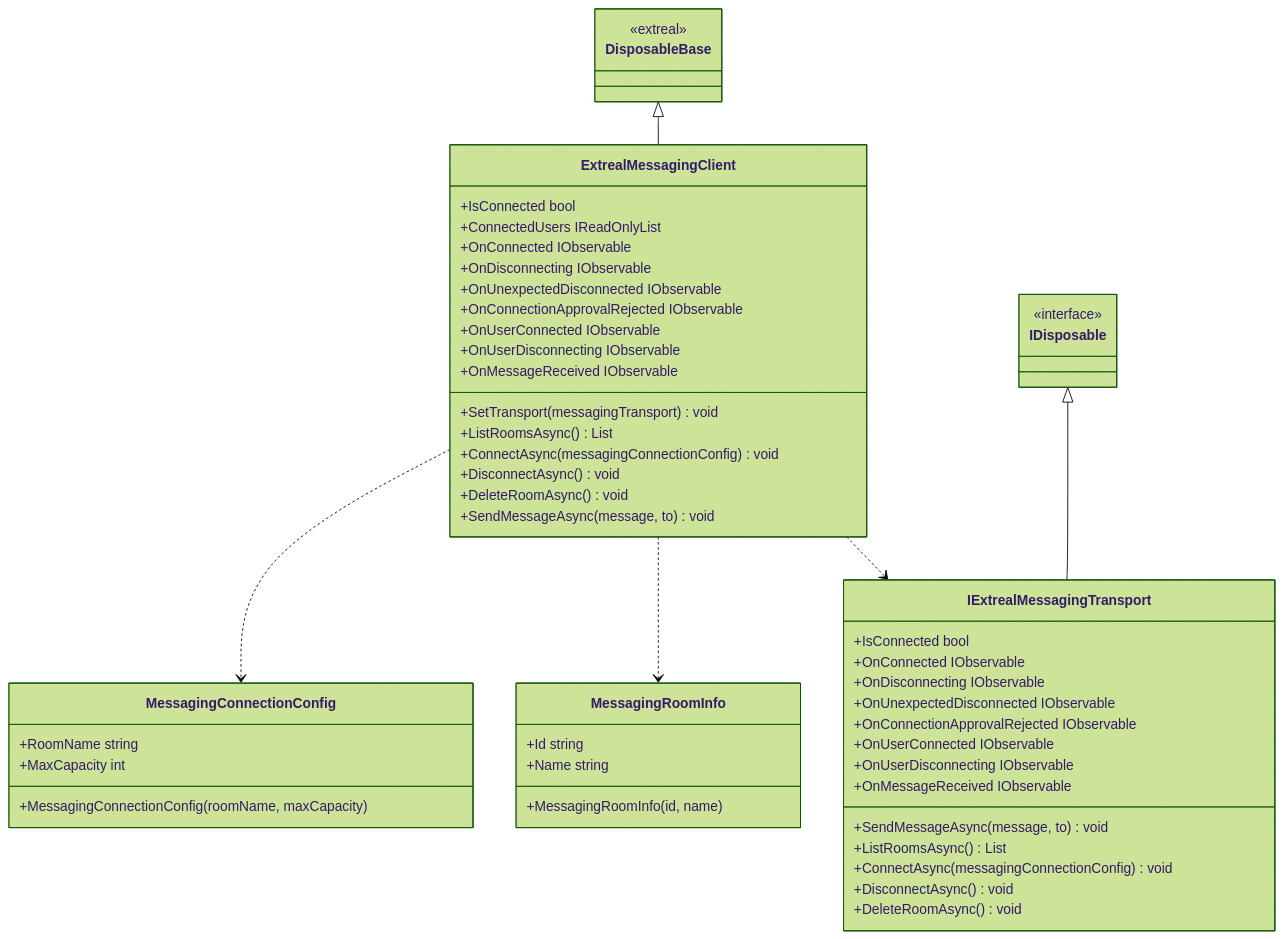
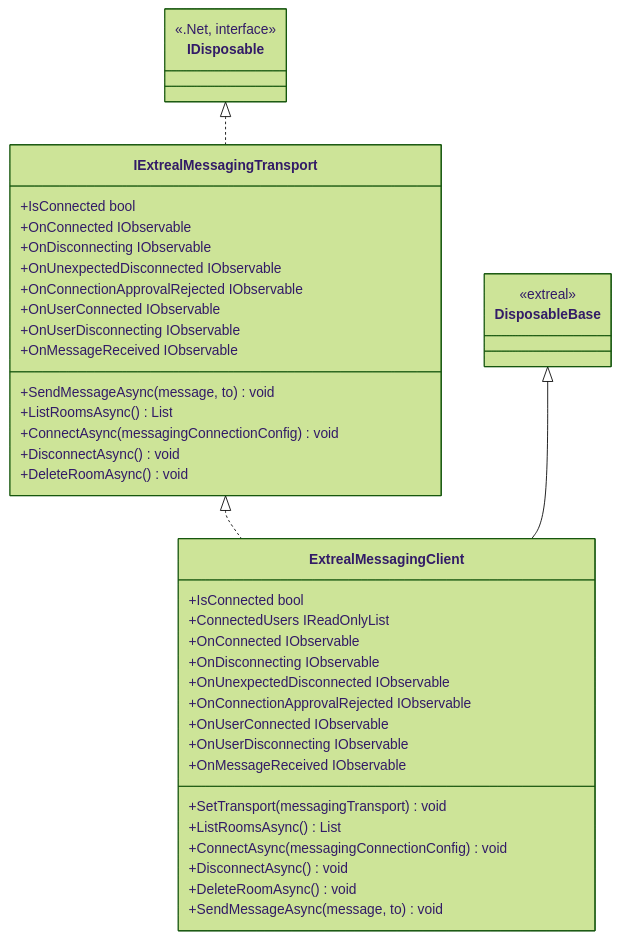
The diagram in docs/integration/messaging.common.md (extreal-dev/Extreal.Guide), drawn with Mermaid (forest theme) before and after one commit. The commit also changed other lines of this file and 8 other files, not shown here.

````diff
--- a/docs/integration/messaging.common.md
+++ b/docs/integration/messaging.common.md
@@ -25,63 +27,49 @@
 ```mermaid
 classDiagram
 
-    ExtrealMessagingClient ..> IExtrealMessagingTransport
-    ExtrealMessagingClient ..> MessagingRoomInfo
-    ExtrealMessagingClient ..> MessagingConnectionConfig
+    IExtrealMessagingTransport <|.. ExtrealMessagingClient 
     DisposableBase <|-- ExtrealMessagingClient 
-    IDisposable <|-- IExtrealMessagingTransport
+    IDisposable <|.. IExtrealMessagingTransport
 
     class ExtrealMessagingClient {
         +IsConnected bool
         +ConnectedUsers IReadOnlyList
         +OnConnected IObservable
         +OnDisconnecting IObservable
         +OnUnexpectedDisconnected IObservable
         +OnConnectionApprovalRejected IObservable
         +OnUserConnected IObservable
         +OnUserDisconnecting IObservable
         +OnMessageReceived IObservable
         +SetTransport(messagingTransport) void
         +ListRoomsAsync() List
         +ConnectAsync(messagingConnectionConfig) void
         +DisconnectAsync() void
         +DeleteRoomAsync() void
         +SendMessageAsync(message, to) void
     }
     
     class IExtrealMessagingTransport {
         +IsConnected bool
         +OnConnected IObservable
         +OnDisconnecting IObservable
         +OnUnexpectedDisconnected IObservable
         +OnConnectionApprovalRejected IObservable
         +OnUserConnected IObservable
         +OnUserDisconnecting IObservable
         +OnMessageReceived IObservable
         +SendMessageAsync(message, to)  void
         +ListRoomsAsync()  List
         +ConnectAsync(messagingConnectionConfig)  void
         +DisconnectAsync()  void
         +DeleteRoomAsync()  void
     }
     
-    class MessagingConnectionConfig {
-        +RoomName string
-        +MaxCapacity int
-        +MessagingConnectionConfig(roomName, maxCapacity)
-    }
-    
-    class MessagingRoomInfo {
-        +Id string
-        +Name string
-        +MessagingRoomInfo(id, name)
-    }
-    
     class DisposableBase {
         <<extreal>>
     }
 
     class IDisposable {
-        <<interface>>
+        <<.Net, interface>>
     }
 ```
````
